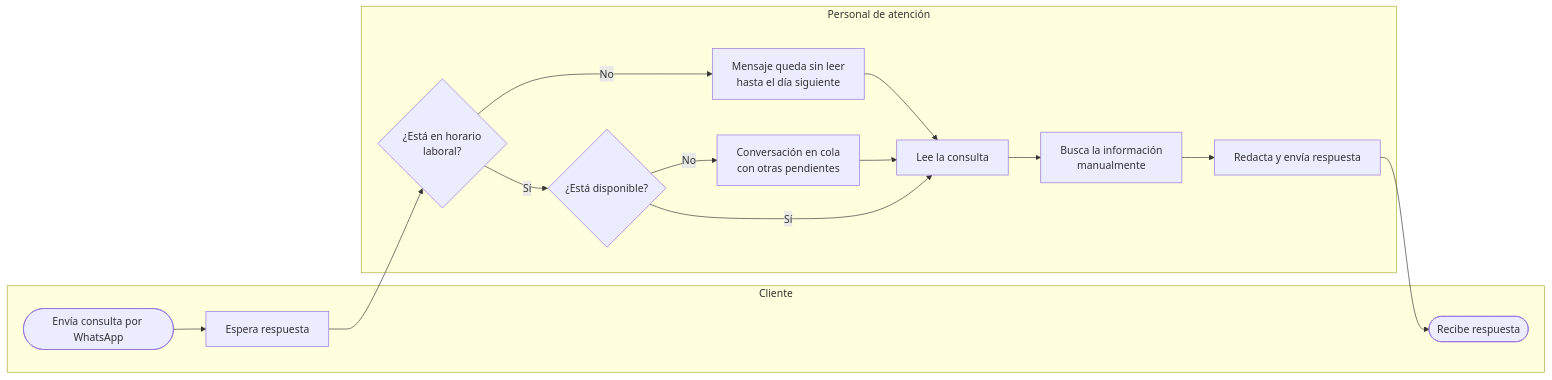
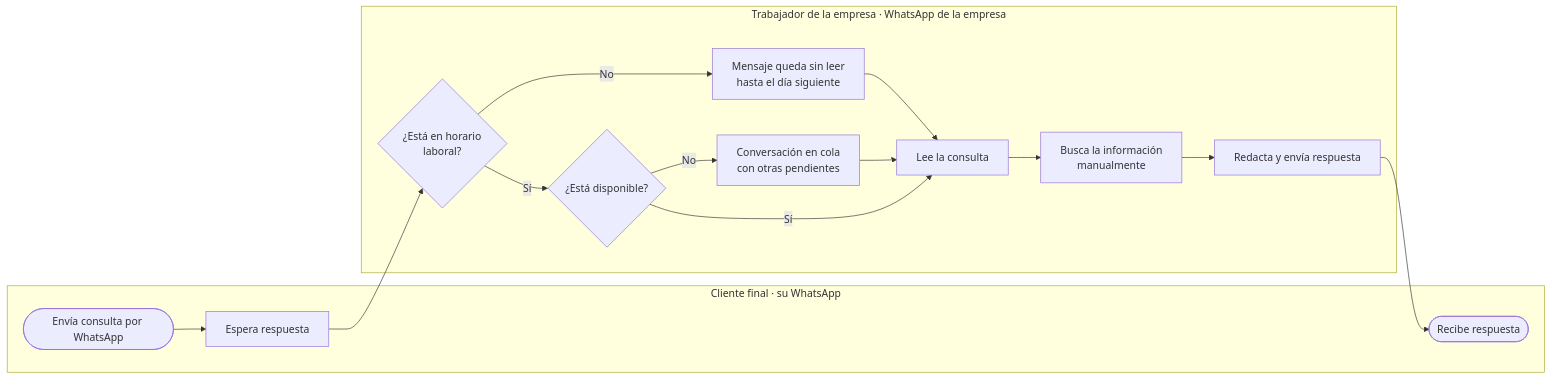
The diagram in docs/03-procesos/negocio/proceso-atencion-as-is.md (GerardoGM14/app-tesis-chatbot), drawn with Mermaid before and after one commit. The commit also changed 14 other files, not shown here.

````diff
--- a/docs/03-procesos/negocio/proceso-atencion-as-is.md
+++ b/docs/03-procesos/negocio/proceso-atencion-as-is.md
@@ -5,25 +5,25 @@
 ```mermaid
 flowchart LR
-  subgraph CLIENTE["Cliente"]
+  subgraph CLIENTE["Cliente final · su WhatsApp"]
     C1(["Envía consulta por WhatsApp"])
     C2["Espera respuesta"]
     C3(["Recibe respuesta"])
   end
 
-  subgraph PERSONAL["Personal de atención"]
+  subgraph PERSONAL["Trabajador de la empresa · WhatsApp de la empresa"]
     P1{"¿Está en horario<br/>laboral?"}
     P2["Mensaje queda sin leer<br/>hasta el día siguiente"]
     P3{"¿Está disponible?"}
     P4["Conversación en cola<br/>con otras pendientes"]
     P5["Lee la consulta"]
     P6["Busca la información<br/>manualmente"]
     P7["Redacta y envía respuesta"]
   end
 
   C1 --> C2 --> P1
   P1 -- "No" --> P2 --> P5
   P1 -- "Sí" --> P3
   P3 -- "No" --> P4 --> P5
   P3 -- "Sí" --> P5
   P5 --> P6 --> P7 --> C3
 ```
````
